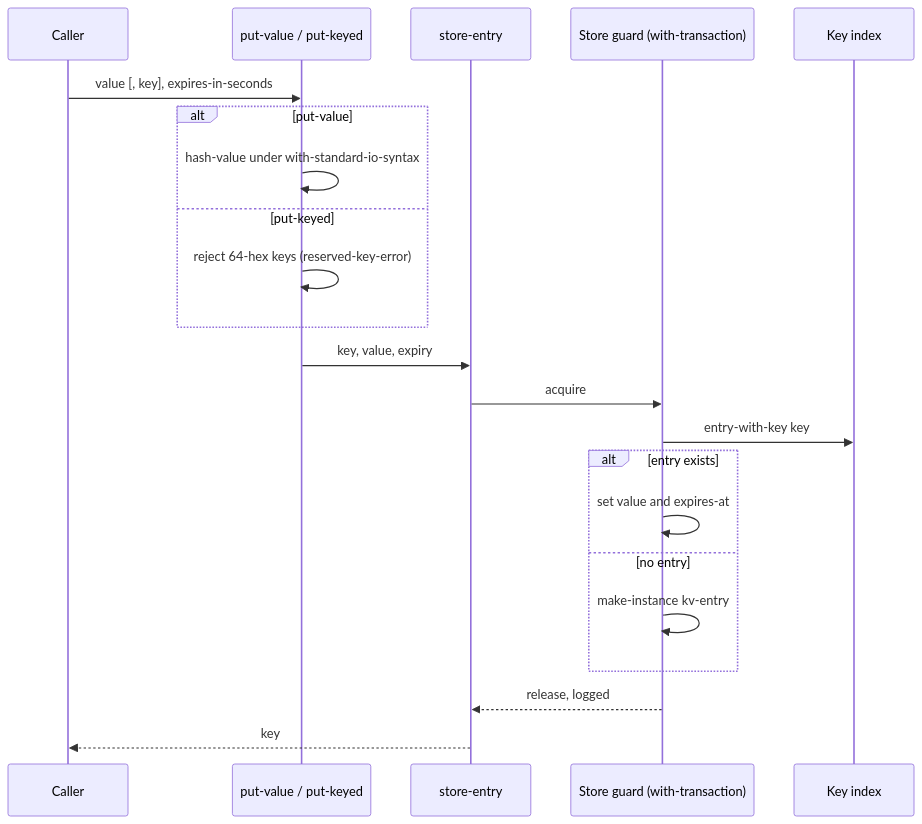
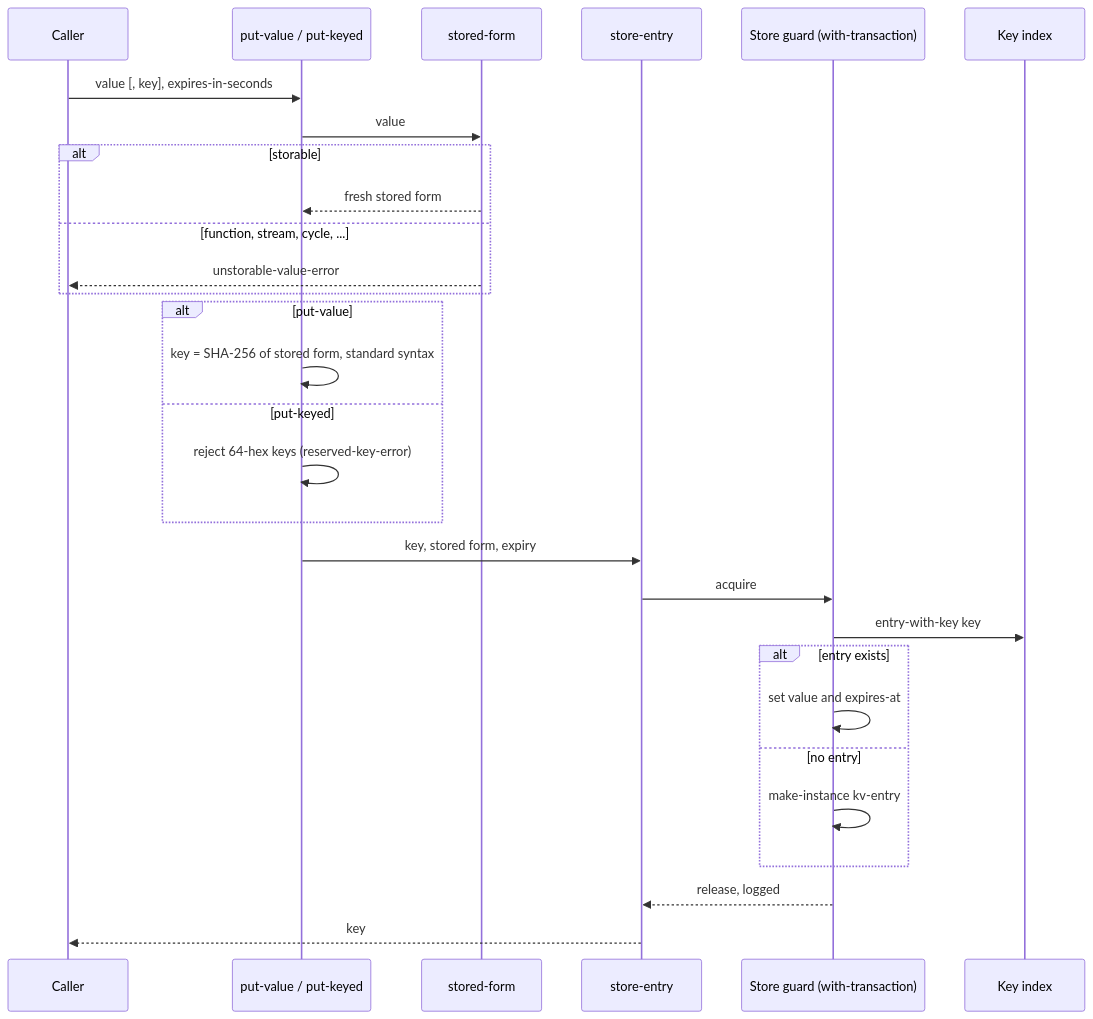
Before and after one commit to denzuko/bknr.hashkv: the second of 4 diagrams in docs/architecture.md, drawn with Mermaid. The commit also changed other lines of this file and 9 other files, not shown here.

````diff
--- a/docs/architecture.md
+++ b/docs/architecture.md
@@ -49,25 +57,32 @@
 ```mermaid
 sequenceDiagram
   participant C as Caller
   participant P as put-value / put-keyed
+  participant V as stored-form
   participant S as store-entry
   participant G as Store guard (with-transaction)
   participant I as Key index
 
   C->>P: value [, key], expires-in-seconds
+  P->>V: value
+  alt storable
+    V-->>P: fresh stored form
+  else function, stream, cycle, ...
+    V-->>C: unstorable-value-error
+  end
   alt put-value
-    P->>P: hash-value under with-standard-io-syntax
+    P->>P: key = SHA-256 of stored form, standard syntax
   else put-keyed
     P->>P: reject 64-hex keys (reserved-key-error)
   end
-  P->>S: key, value, expiry
+  P->>S: key, stored form, expiry
   S->>G: acquire
   G->>I: entry-with-key key
   alt entry exists
     G->>G: set value and expires-at
   else no entry
     G->>G: make-instance kv-entry
   end
   G-->>S: release, logged
   S-->>C: key
 ```
````
